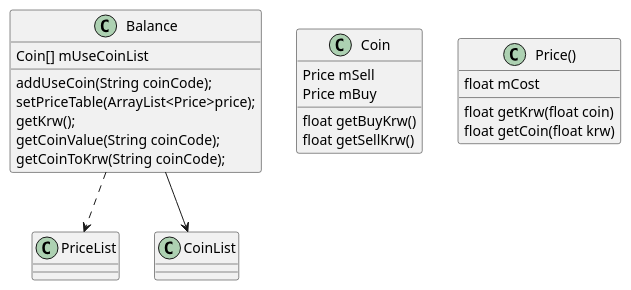
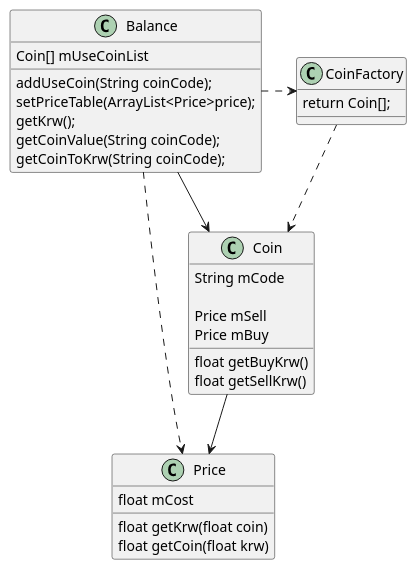
The diagram in uml/main.puml (jaebae/CoinSurfer), drawn with PlantUML before and after one commit. The commit also changed 8 other files, not shown here.

Commit message:
change UML Implement Price

```diff
--- a/uml/main.puml
+++ b/uml/main.puml
@@ -1,32 +1,46 @@
 @startuml
+
+
+Balance-right.>CoinFactory
+Balance-->Coin
+Balance..>Price
+CoinFactory-down.>Coin
+Coin-->Price
+
 
 class Balance {
     Coin[] mUseCoinList
     addUseCoin(String coinCode);
     setPriceTable(ArrayList<Price>price);
     getKrw();
     getCoinValue(String coinCode);
     getCoinToKrw(String coinCode);
 }
 
-Balance..>PriceList
-Balance-->CoinList
+class CoinFactory {
+    return Coin[];
+}
+
+
 
 Class Coin {
+    String mCode
+
     Price mSell
     Price mBuy
 
     float getBuyKrw()
     float getSellKrw()
 }
 
-class Price() {
+
+
+class Price {
     float mCost
-
     float getKrw(float coin)
     float getCoin(float krw)
 }
 
 
 
 @enduml
```
